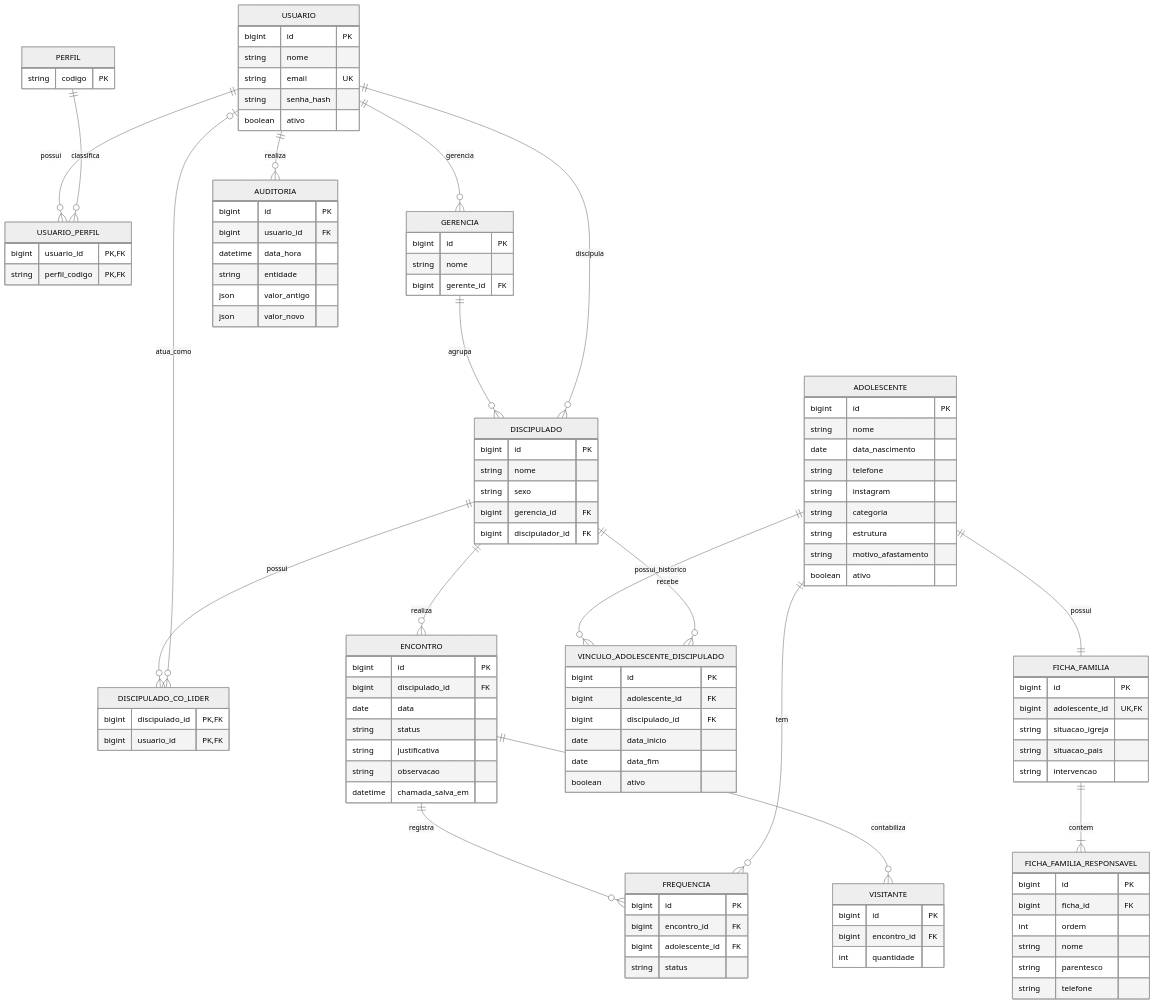
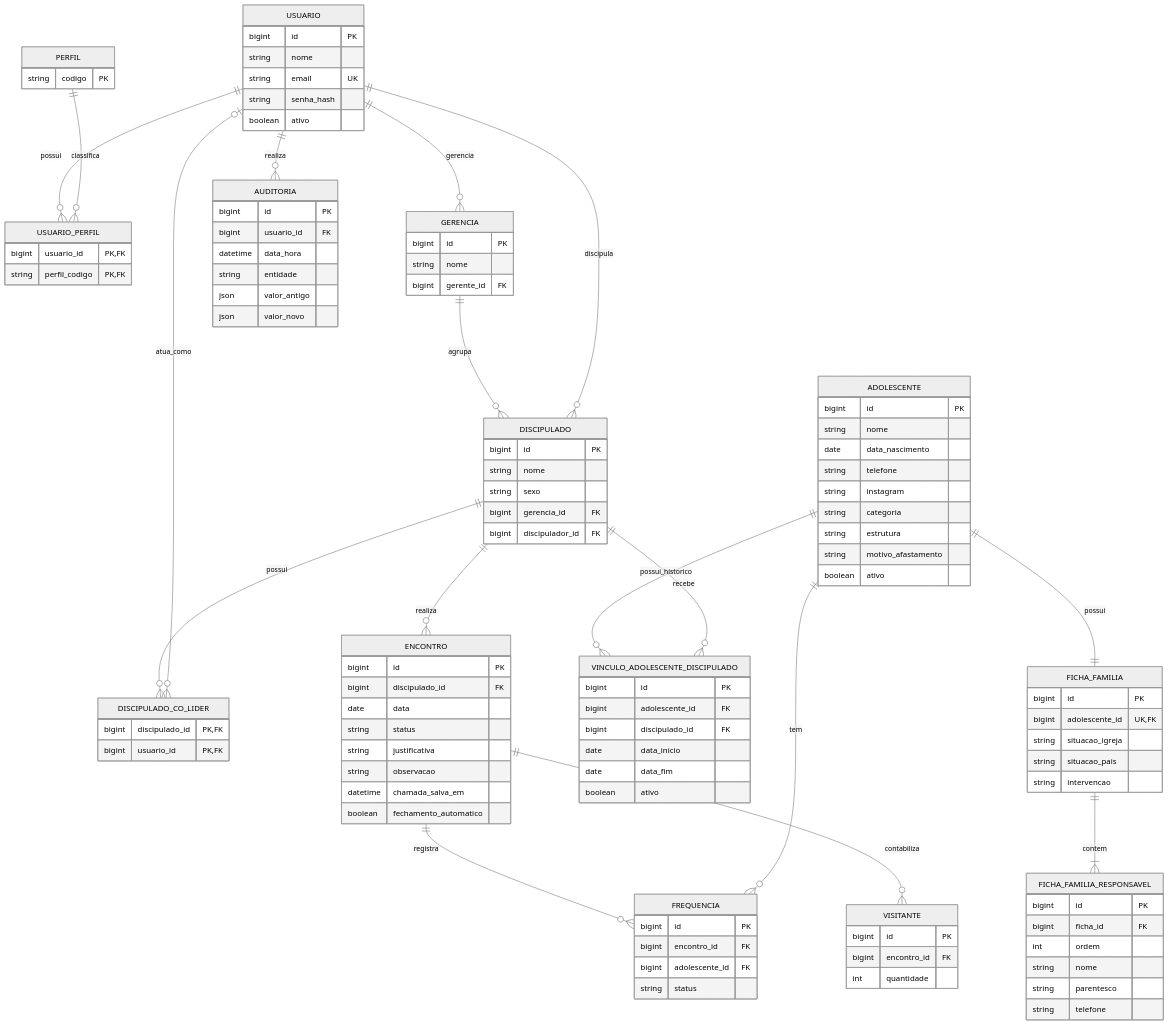
Before and after one commit to apontes77/sgd: the diagram in docs/05-modelo-de-dados.md, drawn with Mermaid (neutral theme). The commit also changed other lines of this file and 23 other files, not shown here.

```diff
--- a/docs/05-modelo-de-dados.md
+++ b/docs/05-modelo-de-dados.md
@@ -76,6 +76,7 @@
         string justificativa
         string observacao
         datetime chamada_salva_em
+        boolean fechamento_automatico
     }
     FREQUENCIA {
         bigint id PK
```
